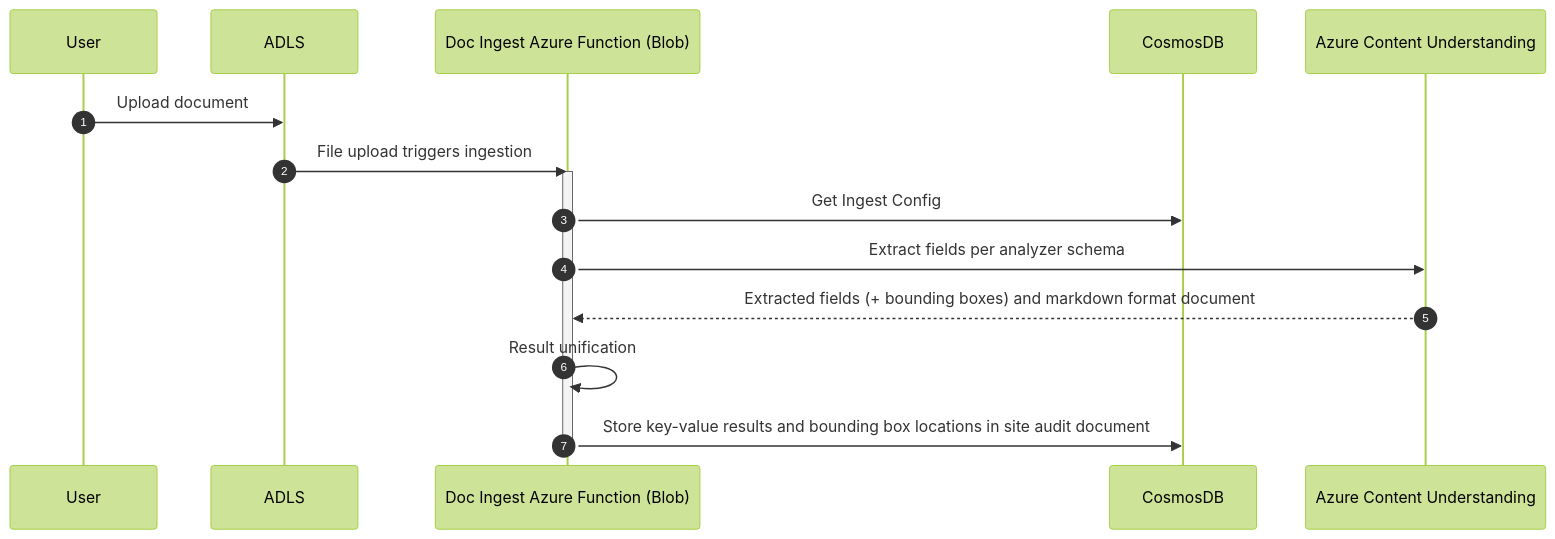
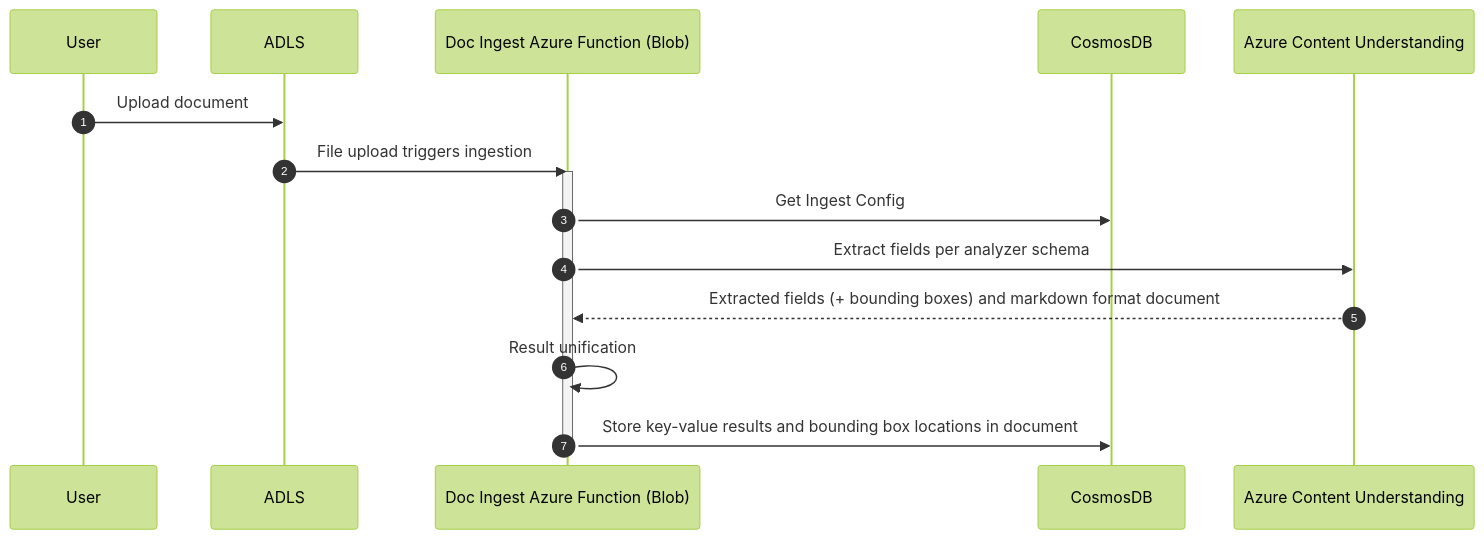
Before and after one commit to Azure-Samples/data-extraction-using-azure-content-understanding: the third of 3 diagrams in docs/architecture.md, drawn with Mermaid (forest theme). The commit also changed other lines of this file and 1 other file, not shown here.

Commit message:
Addressing PR feedback

````diff
--- a/docs/architecture.md
+++ b/docs/architecture.md
@@ -112,28 +112,28 @@
 ```mermaid
 sequenceDiagram
     autonumber
 
     participant User
     participant ADLS
     participant Doc Ingest Azure Function (Blob)
     participant CosmosDB
     participant Azure Content Understanding
 
     User ->> ADLS: Upload document
     ADLS ->> Doc Ingest Azure Function (Blob): File upload triggers ingestion
 
     %% rect rgb(255,255,224)
     activate Doc Ingest Azure Function (Blob)
     Doc Ingest Azure Function (Blob) ->> CosmosDB: Get Ingest Config
 
     Doc Ingest Azure Function (Blob) ->> Azure Content Understanding: Extract fields per analyzer schema
     Azure Content Understanding -->> Doc Ingest Azure Function (Blob): Extracted fields (+ bounding boxes) and markdown format document
 
     Doc Ingest Azure Function (Blob) ->> Doc Ingest Azure Function (Blob): Result unification
 
-    Doc Ingest Azure Function (Blob) ->> CosmosDB: Store key-value results and bounding box locations in site audit document
+    Doc Ingest Azure Function (Blob) ->> CosmosDB: Store key-value results and bounding box locations in document
 
     deactivate Doc Ingest Azure Function (Blob)
     %% end
     %% end
 ```
````
